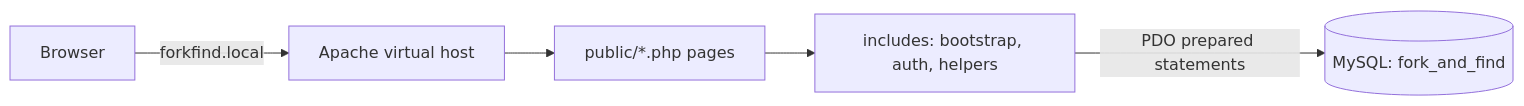
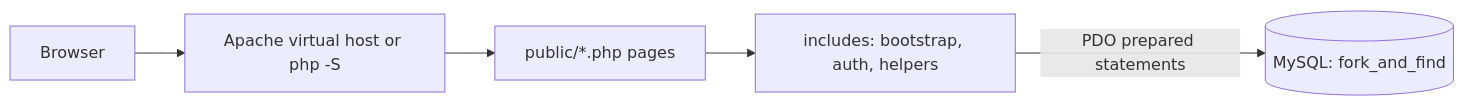
Before and after one commit to kamer-heap/FORK-and-FIND: the diagram in README.md, drawn with Mermaid. The commit also changed other lines of this file, not shown here.

````diff
--- a/README.md
+++ b/README.md
@@ -125,7 +79,7 @@
 ```mermaid
 flowchart LR
-    B[Browser] -->|forkfind.local| A[Apache virtual host]
+    B[Browser] --> A[Apache virtual host or php -S]
     A --> P[public/*.php pages]
     P --> I[includes: bootstrap, auth, helpers]
     I -->|PDO prepared statements| D[(MySQL: fork_and_find)]
 ```
````
